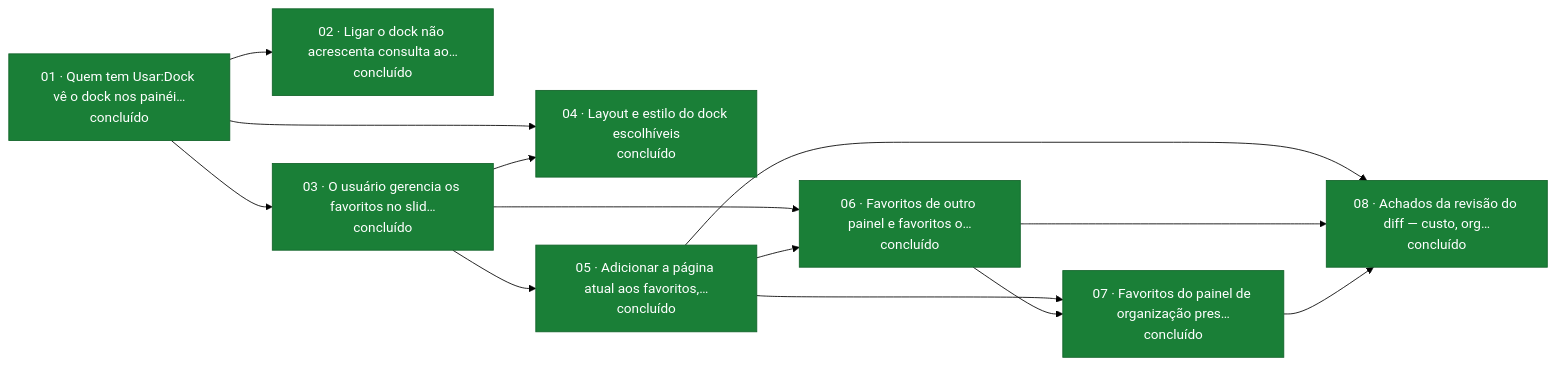
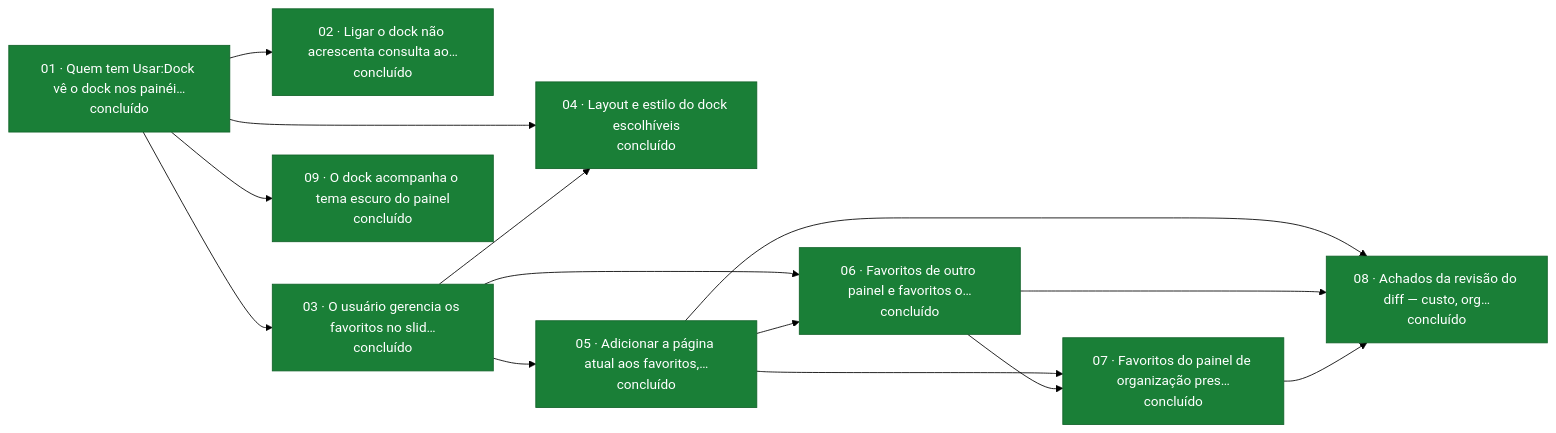
Before and after one commit to gsferro/filament-starter-kit-easy: the diagram in wikis/specs/main/dock-de-acoes-rapidas/07-tickets/README.md, drawn with Mermaid (forest theme). The commit also changed other lines of this file and 6 other files, not shown here.

Commit message:
:memo: docs(wiki): premissa P-05, CT-B02 e ticket 09 do tema escuro

````diff
--- a/wikis/specs/main/dock-de-acoes-rapidas/07-tickets/README.md
+++ b/wikis/specs/main/dock-de-acoes-rapidas/07-tickets/README.md
@@ -39,25 +40,27 @@
 ```mermaid
 flowchart LR
   t01["01 · Quem tem Usar:Dock vê o dock nos painéi…<br/>concluído"]
   t02["02 · Ligar o dock não acrescenta consulta ao…<br/>concluído"]
   t03["03 · O usuário gerencia os favoritos no slid…<br/>concluído"]
   t04["04 · Layout e estilo do dock escolhíveis<br/>concluído"]
   t05["05 · Adicionar a página atual aos favoritos,…<br/>concluído"]
   t06["06 · Favoritos de outro painel e favoritos o…<br/>concluído"]
   t07["07 · Favoritos do painel de organização pres…<br/>concluído"]
   t08["08 · Achados da revisão do diff — custo, org…<br/>concluído"]
+  t09["09 · O dock acompanha o tema escuro do painel<br/>concluído"]
   t01 --> t02
   t01 --> t03
   t01 --> t04
   t03 --> t04
   t03 --> t05
   t03 --> t06
   t05 --> t06
   t05 --> t07
   t06 --> t07
   t05 --> t08
   t06 --> t08
   t07 --> t08
+  t01 --> t09
   classDef concluido fill:#1a7f37,stroke:#116329,color:#ffffff
-  class t01,t02,t03,t04,t05,t06,t07,t08 concluido
+  class t01,t02,t03,t04,t05,t06,t07,t08,t09 concluido
 ```
````
